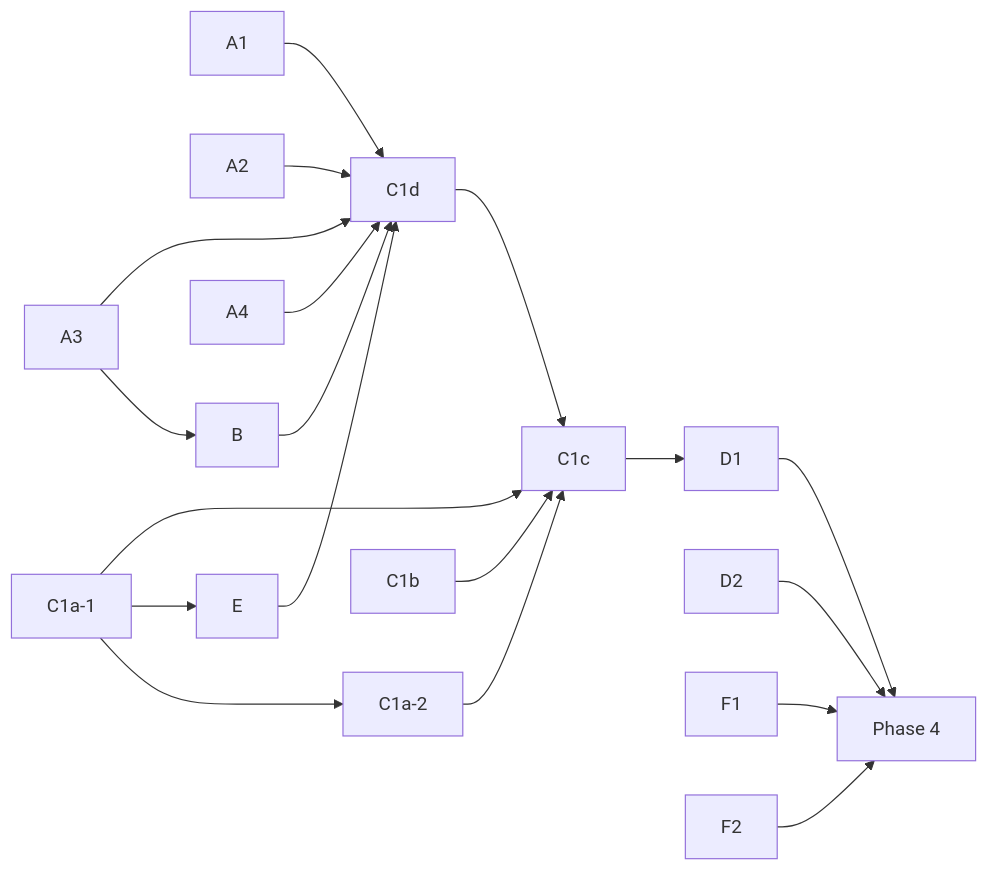
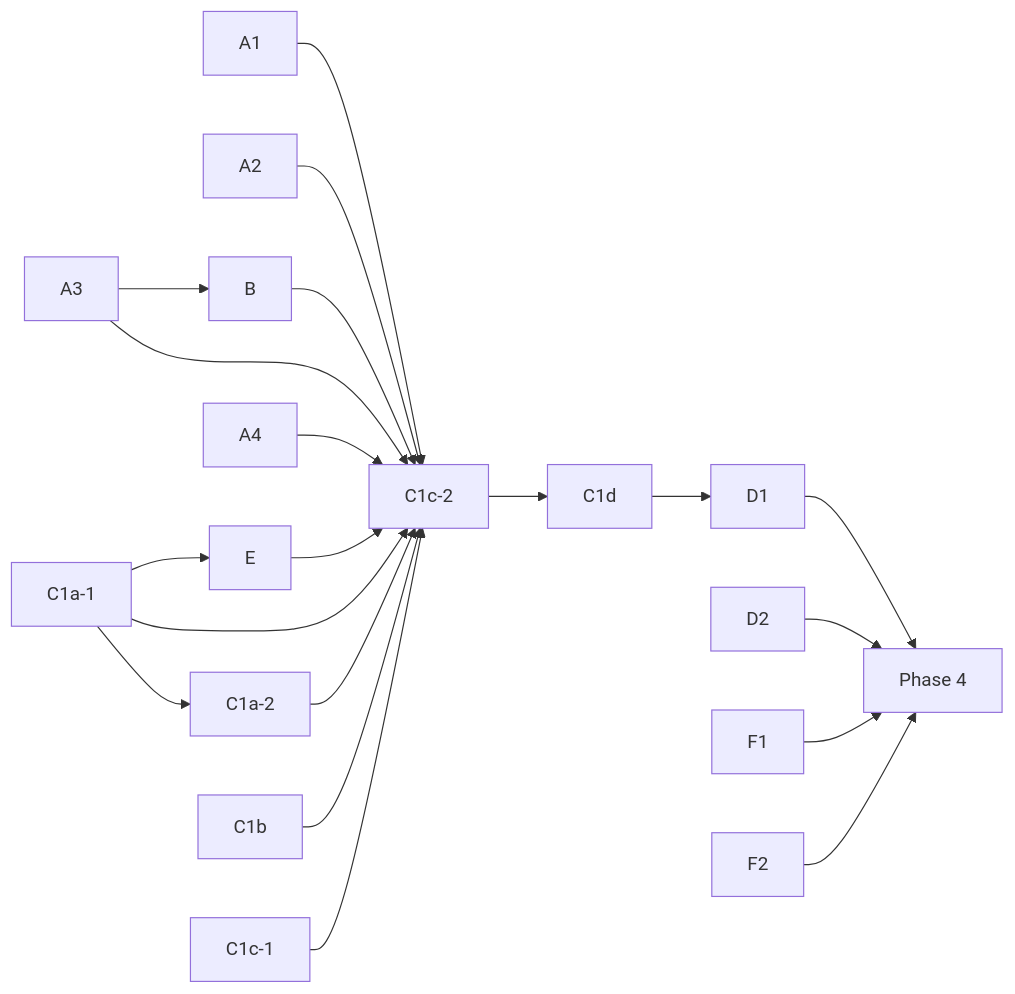
One commit to ruby-git/ruby-git changed the diagram in redesign/3_architecture_implementation.md. Above: the diagram before and after it, drawn with Mermaid. The commit also changed other lines of this file and 3 other files, not shown here.

````diff
--- a/redesign/3_architecture_implementation.md
+++ b/redesign/3_architecture_implementation.md
@@ -106,18 +109,19 @@
 ```mermaid
 graph LR
-    A1 --> C1d
-    A2 --> C1d
-    A3 --> B --> C1d
-    A3 --> C1d
-    A4 --> C1d
+    A1 --> C1c-2
+    A2 --> C1c-2
+    A3 --> B --> C1c-2
+    A3 --> C1c-2
+    A4 --> C1c-2
     C1a-1 --> C1a-2
-    C1a-1 --> E --> C1d
-    C1a-1 --> C1c
-    C1a-2 --> C1c
-    C1b --> C1c
-    C1d --> C1c
-    C1c --> D1 --> Phase4["Phase 4"]
+    C1a-1 --> E --> C1c-2
+    C1a-1 --> C1c-2
+    C1a-2 --> C1c-2
+    C1b --> C1c-2
+    C1c-1 --> C1c-2
+    C1c-2 --> C1d
+    C1d --> D1 --> Phase4["Phase 4"]
     D2 --> Phase4
     F1 --> Phase4
     F2 --> Phase4
 ```
````
